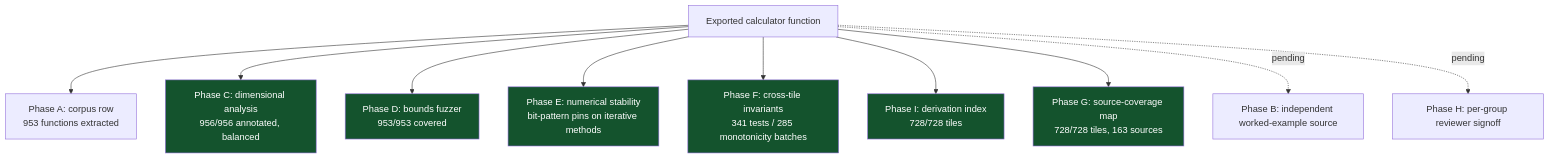
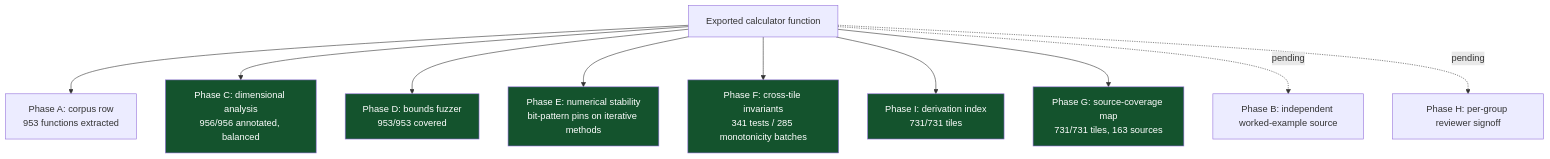
One commit to clay-good/roughlogic.com changed the sixth of 8 diagrams in README.md. Above: the diagram before and after it, drawn with Mermaid. The commit also changed other lines of this file and 22 other files, not shown here.

````diff
--- a/README.md
+++ b/README.md
@@ -519,18 +519,18 @@
 ```mermaid
 flowchart TB
     F[Exported calculator function] --> A[Phase A: corpus row\n953 functions extracted]
     F --> C[Phase C: dimensional analysis\n956/956 annotated, balanced]
     F --> D[Phase D: bounds fuzzer\n953/953 covered]
     F --> E[Phase E: numerical stability\nbit-pattern pins on iterative methods]
     F --> Fa[Phase F: cross-tile invariants\n341 tests / 285 monotonicity batches]
-    F --> I[Phase I: derivation index\n728/728 tiles]
-    F --> G[Phase G: source-coverage map\n728/728 tiles, 163 sources]
+    F --> I[Phase I: derivation index\n731/731 tiles]
+    F --> G[Phase G: source-coverage map\n731/731 tiles, 163 sources]
     F -.pending.-> B[Phase B: independent worked-example source]
     F -.pending.-> H[Phase H: per-group reviewer signoff]
     style C fill:#14532d,color:#fff
     style D fill:#14532d,color:#fff
     style E fill:#14532d,color:#fff
     style Fa fill:#14532d,color:#fff
     style G fill:#14532d,color:#fff
     style I fill:#14532d,color:#fff
 ```
````
